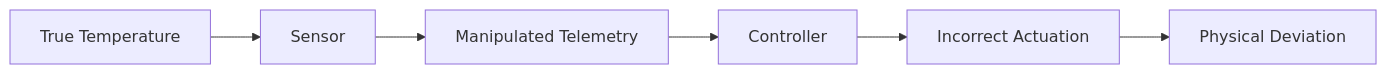
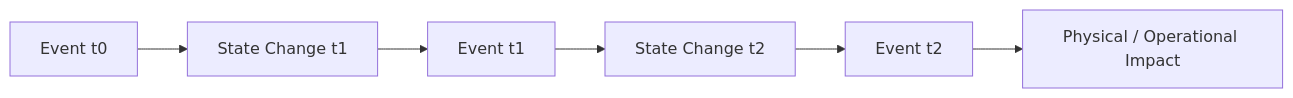
The ninth of 12 diagrams in README.md (Anushree401/DT-CyberTwin), drawn with Mermaid before and after one commit. The commit also changed other lines of this file, not shown here.

````diff
--- a/README.md
+++ b/README.md
@@ -159,8 +415,9 @@
 ```mermaid
 flowchart LR
-    A[True Temperature] --> B[Sensor]
-    B --> C[Manipulated Telemetry]
-    C --> D[Controller]
-    D --> E[Incorrect Actuation]
-    E --> F[Physical Deviation]
+
+    A[Event t0] --> B[State Change t1]
+    B --> C[Event t1]
+    C --> D[State Change t2]
+    D --> E[Event t2]
+    E --> F[Physical / Operational Impact]
 ```
````
